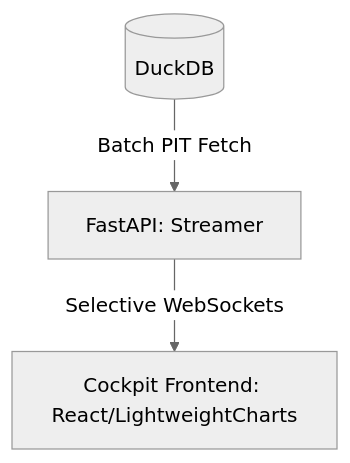
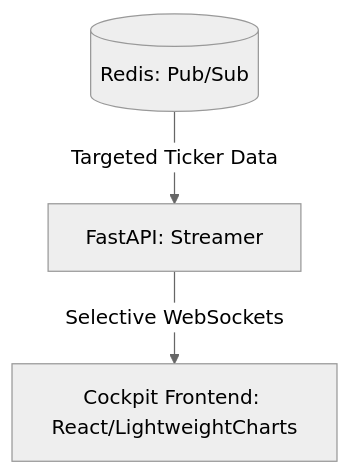
Before and after one commit to abhishek-jana/QTS2026: the third of 3 diagrams in README.md, drawn with Mermaid (neutral theme). The commit also changed other lines of this file and 3 other files, not shown here.

````diff
--- a/README.md
+++ b/README.md
@@ -39,5 +28,5 @@
 ```mermaid
 graph TD
-    A[(DuckDB)] -- Batch PIT Fetch --> B[FastAPI: Streamer]
+    A[(Redis: Pub/Sub)] -- Targeted Ticker Data --> B[FastAPI: Streamer]
     B -- Selective WebSockets --> C[Cockpit Frontend: React/LightweightCharts]
 ```
````
